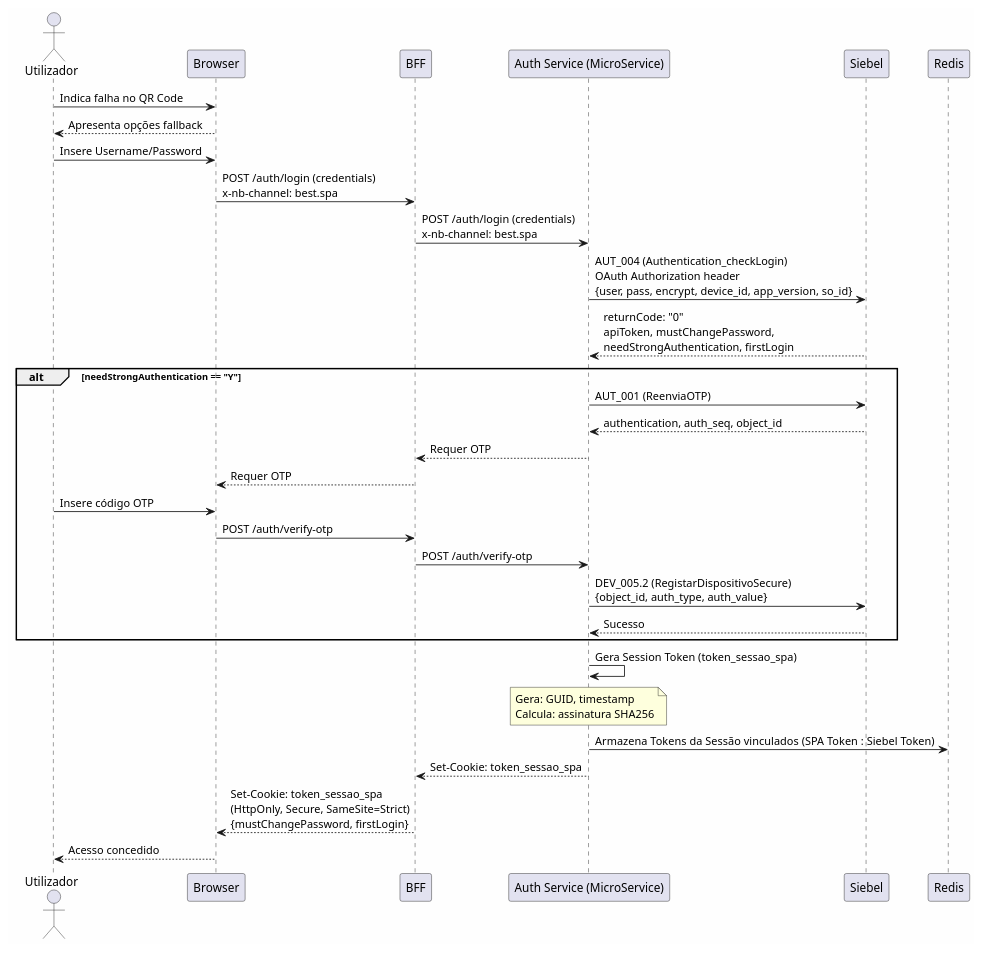
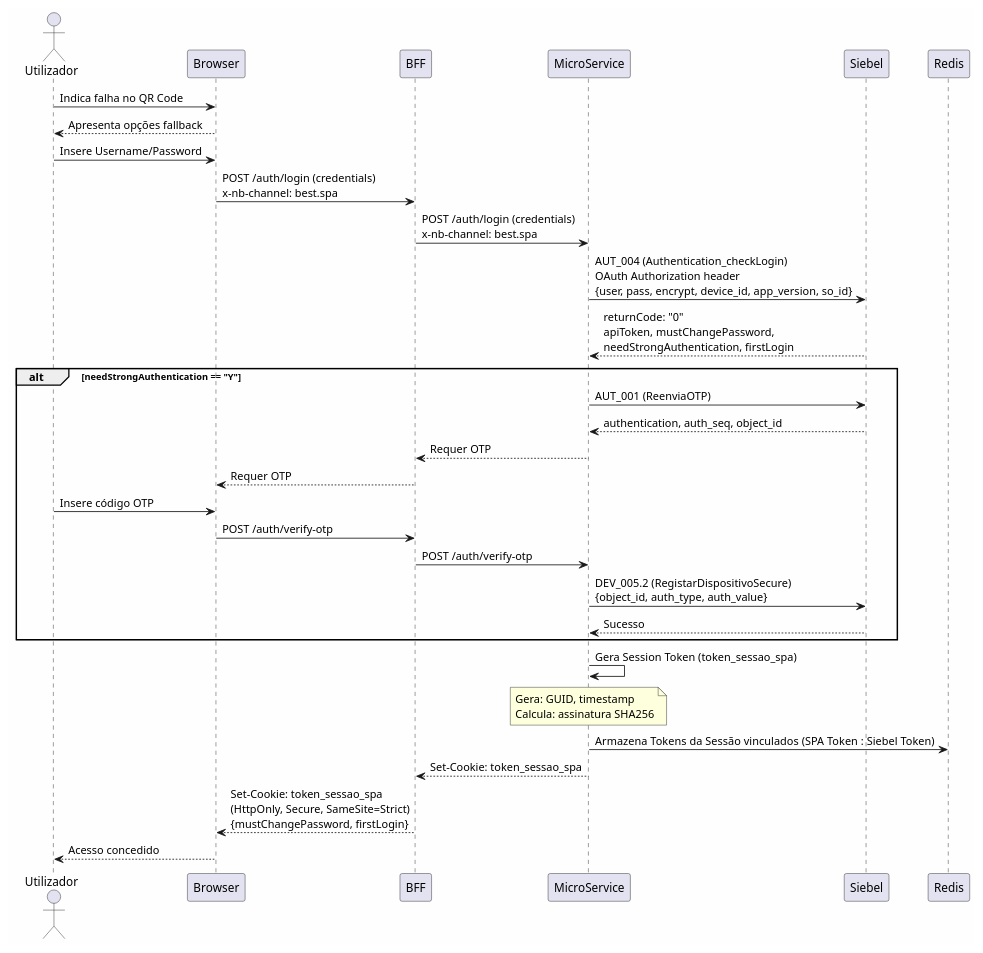
The third of 5 diagrams in project/sections/SEC-07-autenticacao-autorizacao.md (beduardo/novobanco_website_doc), drawn with PlantUML before and after one commit. The commit also changed other lines of this file and 10 other files, not shown here.

````diff
--- a/project/sections/SEC-07-autenticacao-autorizacao.md
+++ b/project/sections/SEC-07-autenticacao-autorizacao.md
@@ -158,41 +177,41 @@
 ```plantuml
 @startuml
 skinparam backgroundColor #FEFEFE
 
 actor "Utilizador" as USER
 participant "Browser" as FE
 participant "BFF" as BFF
-participant "Auth Service (MicroService)" as AUTH
+participant "MicroService" as AUTH
 participant "Siebel" as APIAPP
 
 USER -> FE : Indica falha no QR Code
 FE --> USER : Apresenta opções fallback
 USER -> FE : Insere Username/Password
 FE -> BFF : POST /auth/login (credentials)\nx-nb-channel: best.spa
 
 BFF -> AUTH : POST /auth/login (credentials)\nx-nb-channel: best.spa
 AUTH -> APIAPP : AUT_004 (Authentication_checkLogin)\nOAuth Authorization header\n{user, pass, encrypt, device_id, app_version, so_id}
 APIAPP --> AUTH : returnCode: "0"\napiToken, mustChangePassword,\nneedStrongAuthentication, firstLogin
 alt needStrongAuthentication == "Y" 
     AUTH -> APIAPP : AUT_001 (ReenviaOTP)
     APIAPP --> AUTH : authentication, auth_seq, object_id
     AUTH --> BFF : Requer OTP
     BFF --> FE : Requer OTP
     USER -> FE : Insere código OTP
     FE -> BFF : POST /auth/verify-otp
     BFF -> AUTH : POST /auth/verify-otp
     AUTH -> APIAPP : DEV_005.2 (RegistarDispositivoSecure)\n{object_id, auth_type, auth_value}
     APIAPP --> AUTH : Sucesso
 end
 AUTH -> AUTH : Gera Session Token (token_sessao_spa)
 note over AUTH
 Gera: GUID, timestamp
 Calcula: assinatura SHA256
 end note
 AUTH -> Redis : Armazena Tokens da Sessão vinculados (SPA Token : Siebel Token)
 AUTH --> BFF : Set-Cookie: token_sessao_spa
 BFF --> FE : Set-Cookie: token_sessao_spa\n(HttpOnly, Secure, SameSite=Strict)\n{mustChangePassword, firstLogin}
 FE --> USER : Acesso concedido
 
 @enduml
 ```
````
